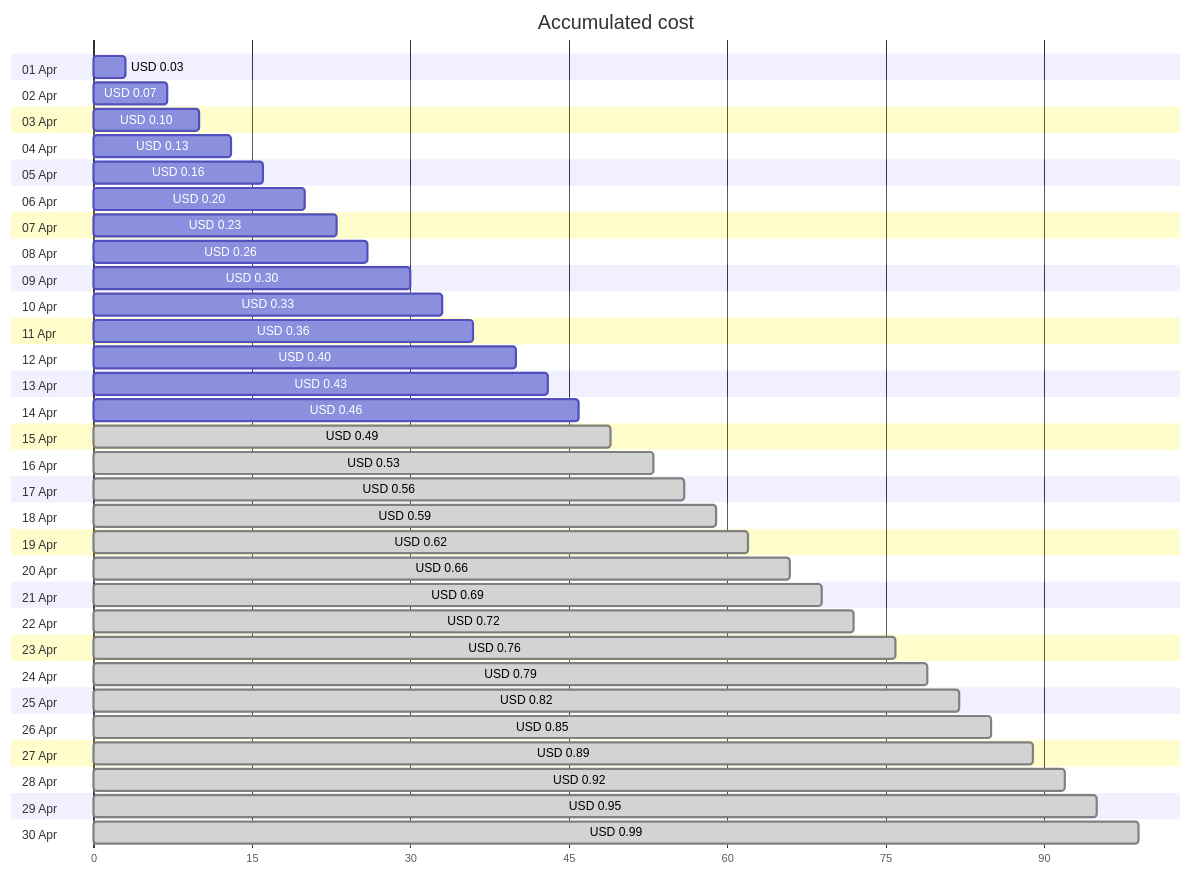
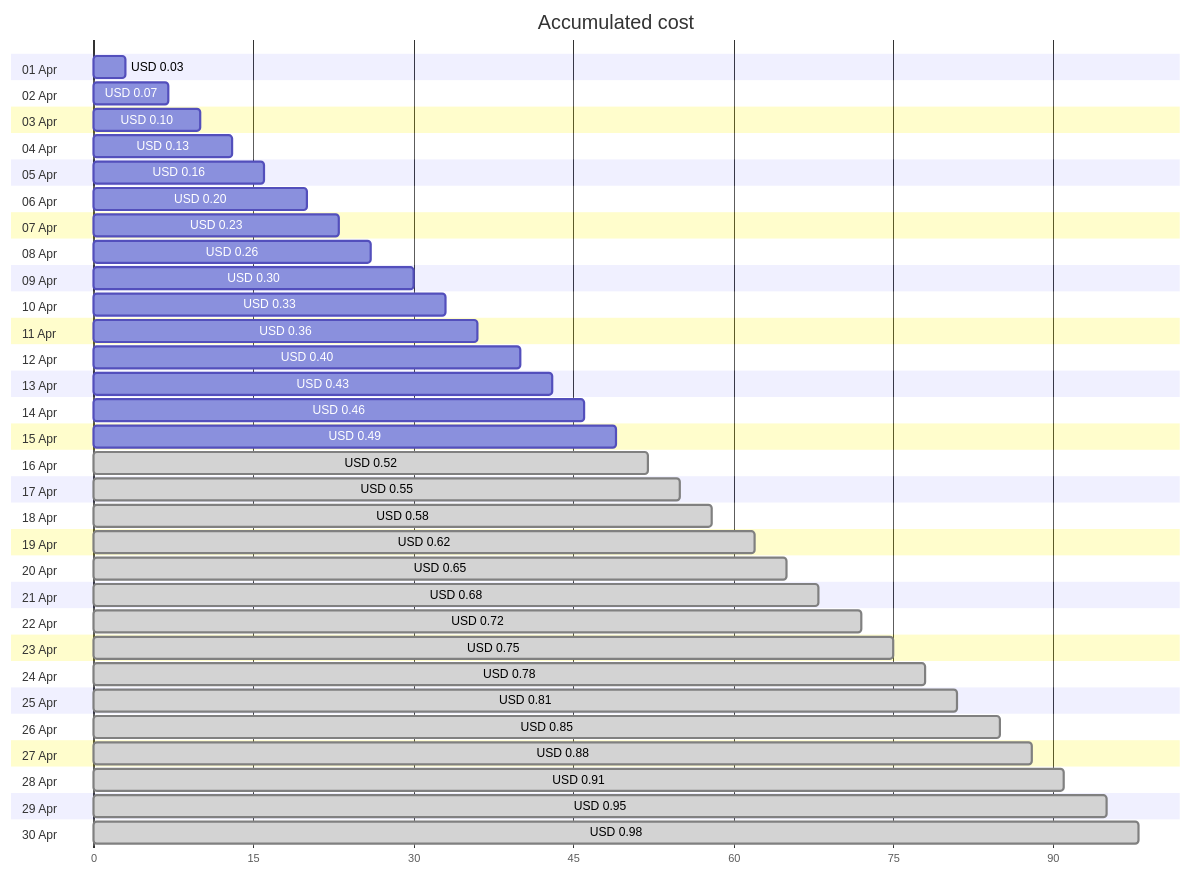
Before and after one commit to jpfulton/azure-personal-reports: the first of 4 diagrams in cost-reports/personal-dns/README.md, drawn with Mermaid. The commit also changed other lines of this file and 2 other files, not shown here.

Commit message:
Generated reports [skip ci]

````diff
--- a/cost-reports/personal-dns/README.md
+++ b/cost-reports/personal-dns/README.md
@@ -20,66 +20,66 @@
 ```mermaid
 gantt
    title Accumulated cost
    dateFormat  X
    axisFormat %s
    section 01 Apr
    USD 0.03 :0, 3
    section 02 Apr
    USD 0.07 :0, 7
    section 03 Apr
    USD 0.10 :0, 10
    section 04 Apr
    USD 0.13 :0, 13
    section 05 Apr
    USD 0.16 :0, 16
    section 06 Apr
    USD 0.20 :0, 20
    section 07 Apr
    USD 0.23 :0, 23
    section 08 Apr
    USD 0.26 :0, 26
    section 09 Apr
    USD 0.30 :0, 30
    section 10 Apr
    USD 0.33 :0, 33
    section 11 Apr
    USD 0.36 :0, 36
    section 12 Apr
    USD 0.40 :0, 40
    section 13 Apr
    USD 0.43 :0, 43
    section 14 Apr
    USD 0.46 :0, 46
    section 15 Apr
-   USD 0.49 : done, 0, 49
+   USD 0.49 :0, 49
    section 16 Apr
-   USD 0.53 : done, 0, 53
+   USD 0.52 : done, 0, 52
    section 17 Apr
-   USD 0.56 : done, 0, 56
+   USD 0.55 : done, 0, 55
    section 18 Apr
-   USD 0.59 : done, 0, 59
+   USD 0.58 : done, 0, 58
    section 19 Apr
    USD 0.62 : done, 0, 62
    section 20 Apr
-   USD 0.66 : done, 0, 66
+   USD 0.65 : done, 0, 65
    section 21 Apr
-   USD 0.69 : done, 0, 69
+   USD 0.68 : done, 0, 68
    section 22 Apr
    USD 0.72 : done, 0, 72
    section 23 Apr
-   USD 0.76 : done, 0, 76
+   USD 0.75 : done, 0, 75
    section 24 Apr
-   USD 0.79 : done, 0, 79
+   USD 0.78 : done, 0, 78
    section 25 Apr
-   USD 0.82 : done, 0, 82
+   USD 0.81 : done, 0, 81
    section 26 Apr
    USD 0.85 : done, 0, 85
    section 27 Apr
-   USD 0.89 : done, 0, 89
+   USD 0.88 : done, 0, 88
    section 28 Apr
-   USD 0.92 : done, 0, 92
+   USD 0.91 : done, 0, 91
    section 29 Apr
    USD 0.95 : done, 0, 95
    section 30 Apr
-   USD 0.99 : done, 0, 99
+   USD 0.98 : done, 0, 98
 ```
````
